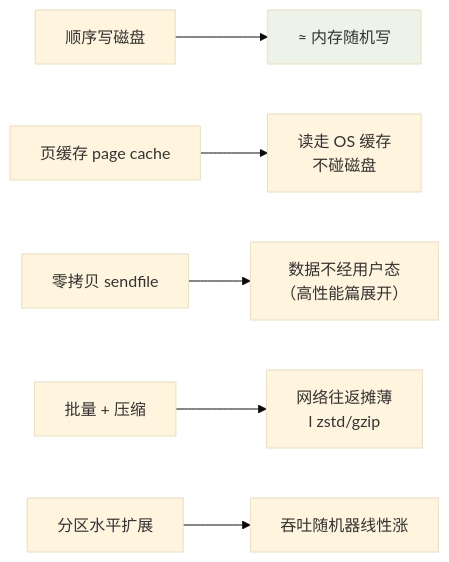
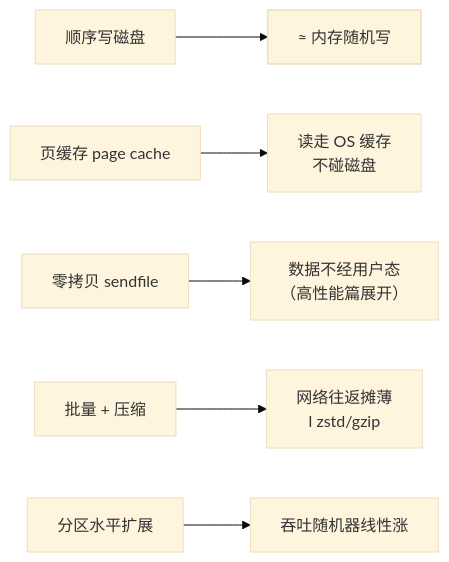
Before and after one commit to Loadhao/ascension: the third of 3 diagrams in src/content/docs/kafka/intermediate/core/01-kafka-architecture.md, drawn with Mermaid (base theme). The commit also changed other lines of this file and 87 other files, not shown here.

First line of the commit message:
fix: 全站图表配色改由主题接管，修复暗色主题下浅底浅字看不清

````diff
--- a/src/content/docs/kafka/intermediate/core/01-kafka-architecture.md
+++ b/src/content/docs/kafka/intermediate/core/01-kafka-architecture.md
@@ -107,10 +109,11 @@
 ```mermaid
 flowchart LR
     A["顺序写磁盘"] --> R1["≈ 内存随机写"]
     B["页缓存 page cache"] --> R2["读走 OS 缓存<br/>不碰磁盘"]
     C["零拷贝 sendfile"] --> R3["数据不经用户态<br/>（高性能篇展开）"]
     D["批量 + 压缩"] --> R4["网络往返摊薄<br/>l zstd/gzip"]
     E["分区水平扩展"] --> R5["吞吐随机器线性涨"]
 
-    style R1 fill:#eef3ea
+    class R1 good
+    classDef good stroke-width:1.5px
 ```
````
